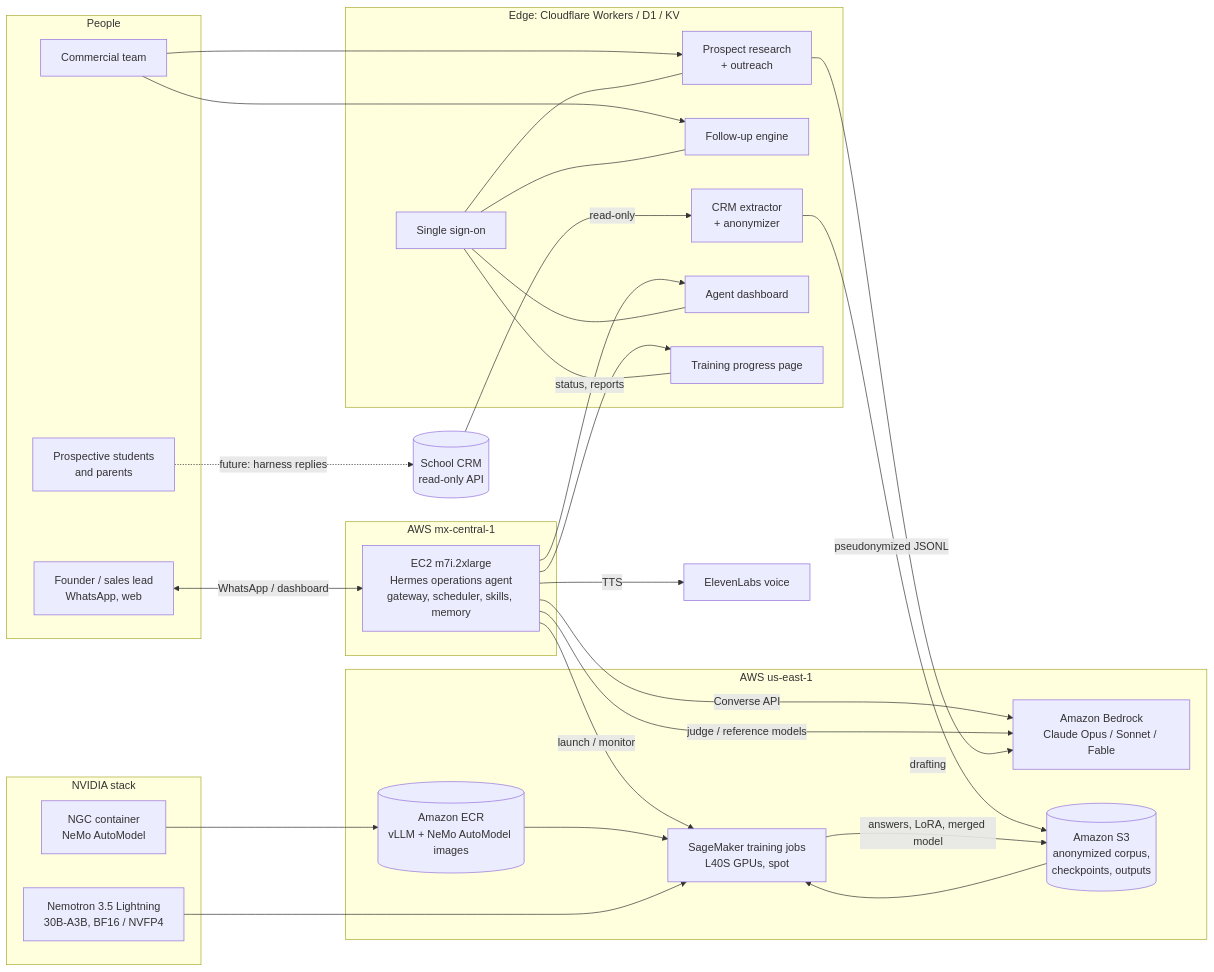
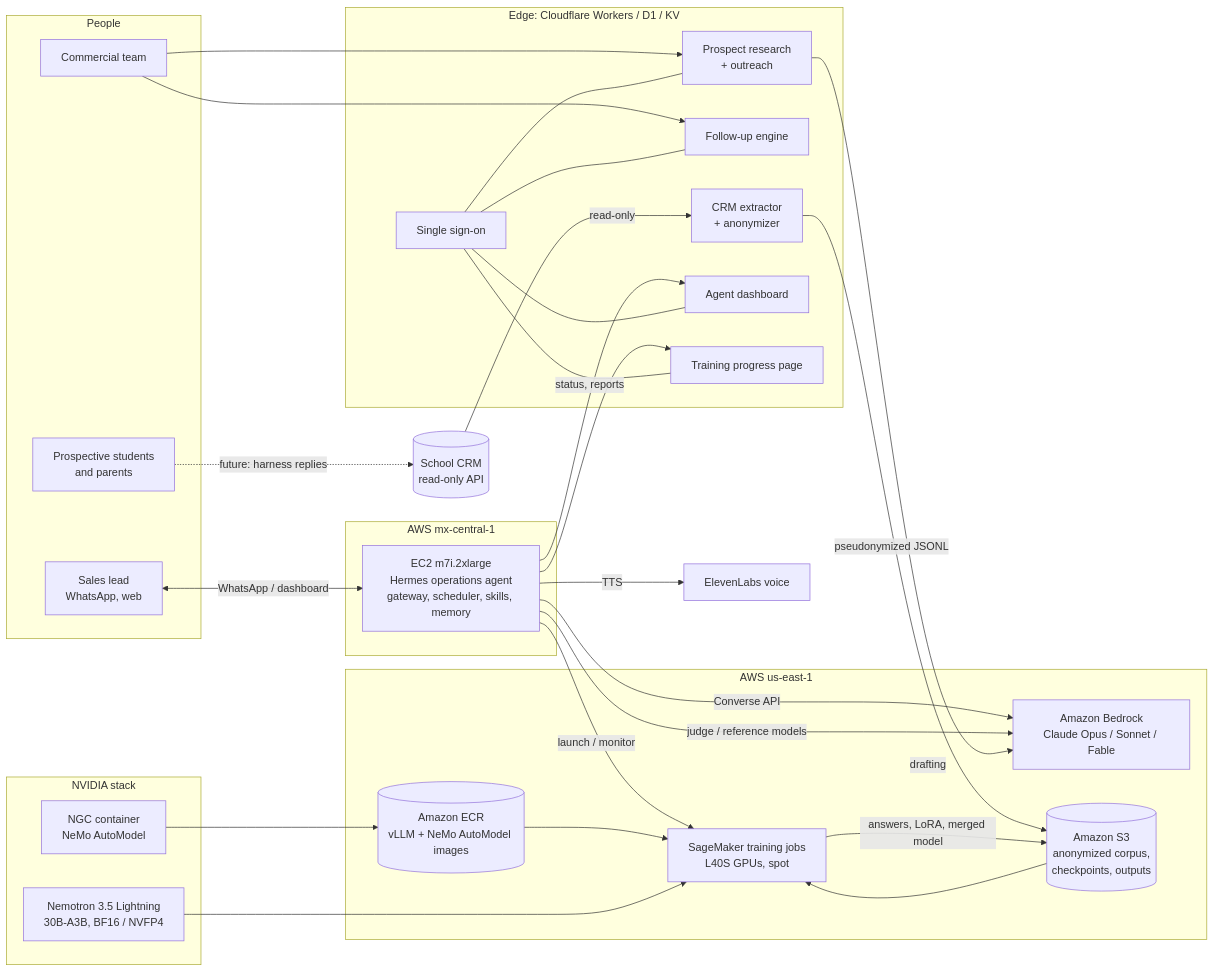
The first of 2 diagrams in docs/en/architecture.md (victorgalloo/superleads-ai-aws-nvidia), drawn with Mermaid before and after one commit. The commit also changed 12 other files, not shown here.

````diff
--- a/docs/en/architecture.md
+++ b/docs/en/architecture.md
@@ -14,58 +14,58 @@
 ```mermaid
 flowchart LR
   subgraph People
-    V[Founder / sales lead<br/>WhatsApp, web]
+    V[Sales lead<br/>WhatsApp, web]
     T[Commercial team]
     P[Prospective students<br/>and parents]
   end
 
   subgraph AWS_MX[AWS mx-central-1]
     EC2[EC2 m7i.2xlarge<br/>Hermes operations agent<br/>gateway, scheduler, skills, memory]
   end
 
   subgraph AWS_US[AWS us-east-1]
     BR[Amazon Bedrock<br/>Claude Opus / Sonnet / Fable]
     S3[(Amazon S3<br/>anonymized corpus,<br/>checkpoints, outputs)]
     ECR[(Amazon ECR<br/>vLLM + NeMo AutoModel images)]
     SM[SageMaker training jobs<br/>L40S GPUs, spot]
   end
 
   subgraph NV[NVIDIA stack]
     NEM[Nemotron 3.5 Lightning<br/>30B-A3B, BF16 / NVFP4]
     NGC[NGC container<br/>NeMo AutoModel]
   end
 
   subgraph CF[Edge: Cloudflare Workers / D1 / KV]
     ANON[CRM extractor<br/>+ anonymizer]
     MC[Follow-up engine]
     HU[Prospect research<br/>+ outreach]
     SSO[Single sign-on]
     DASH[Agent dashboard]
     TRP[Training progress page]
   end
 
   CRM[(School CRM<br/>read-only API)]
   EL[ElevenLabs voice]
 
   V <-->|WhatsApp / dashboard| EC2
   EC2 -->|Converse API| BR
   EC2 -->|TTS| EL
   EC2 -->|status, reports| DASH
   EC2 -->|launch / monitor| SM
   CRM -->|read-only| ANON -->|pseudonymized JSONL| S3
   S3 --> SM
   ECR --> SM
   NGC --> ECR
   NEM --> SM
   SM -->|answers, LoRA, merged model| S3
   EC2 -->|judge / reference models| BR
   EC2 --> TRP
   T --> MC
   T --> HU
   HU -->|drafting| BR
   SSO --- MC
   SSO --- HU
   SSO --- DASH
   SSO --- TRP
   P -.->|future: harness replies| CRM
 ```
````
